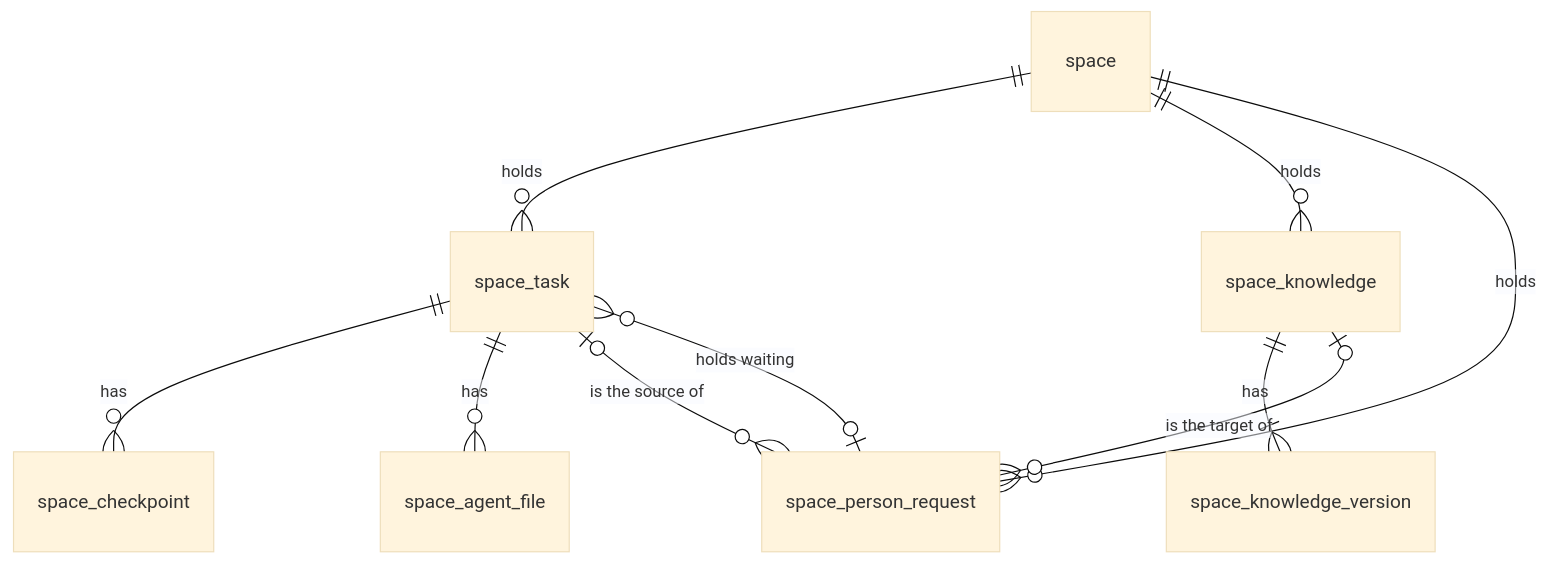
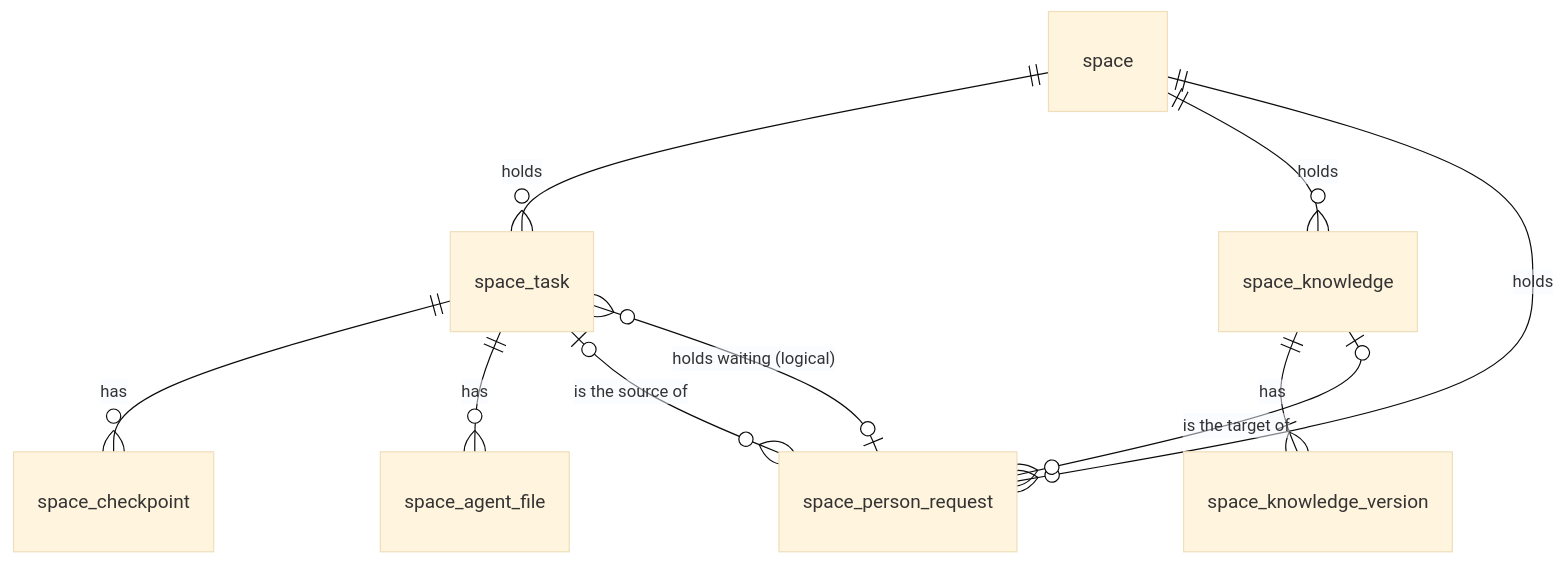
Before and after one commit to lorebayai/lorebay: the diagram in lib/docs/architecture/data-model.md, drawn with Mermaid (base theme). The commit also changed other lines of this file and 24 other files, not shown here.

````diff
--- a/lib/docs/architecture/data-model.md
+++ b/lib/docs/architecture/data-model.md
@@ -93,12 +96,12 @@
 ```mermaid
 erDiagram
     space ||--o{ space_task : "holds"
     space ||--o{ space_knowledge : "holds"
     space ||--o{ space_person_request : "holds"
     space_task ||--o{ space_checkpoint : "has"
     space_task ||--o{ space_agent_file : "has"
     space_task |o--o{ space_person_request : "is the source of"
-    space_person_request |o--o{ space_task : "holds waiting"
+    space_person_request |o--o{ space_task : "holds waiting (logical)"
     space_knowledge ||--|{ space_knowledge_version : "has"
     space_knowledge |o--o{ space_person_request : "is the target of"
 ```
````
